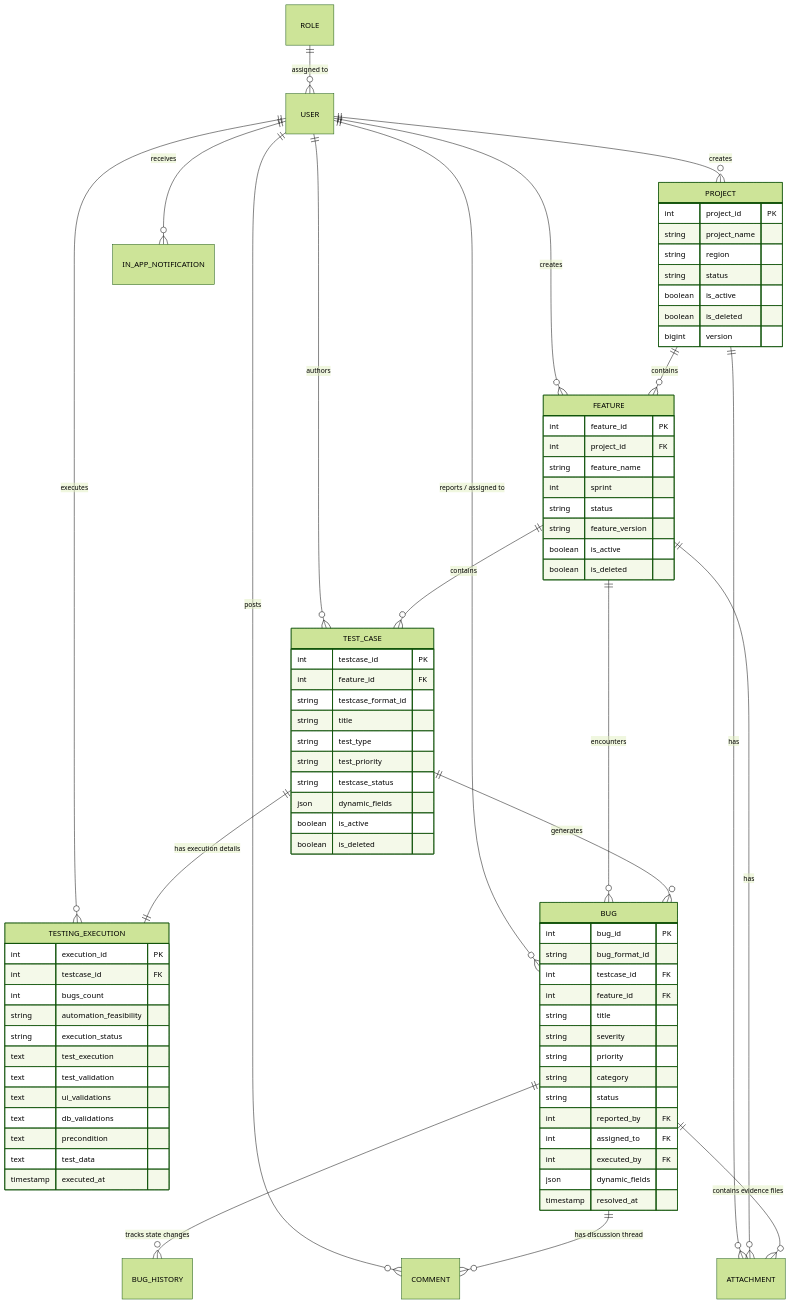
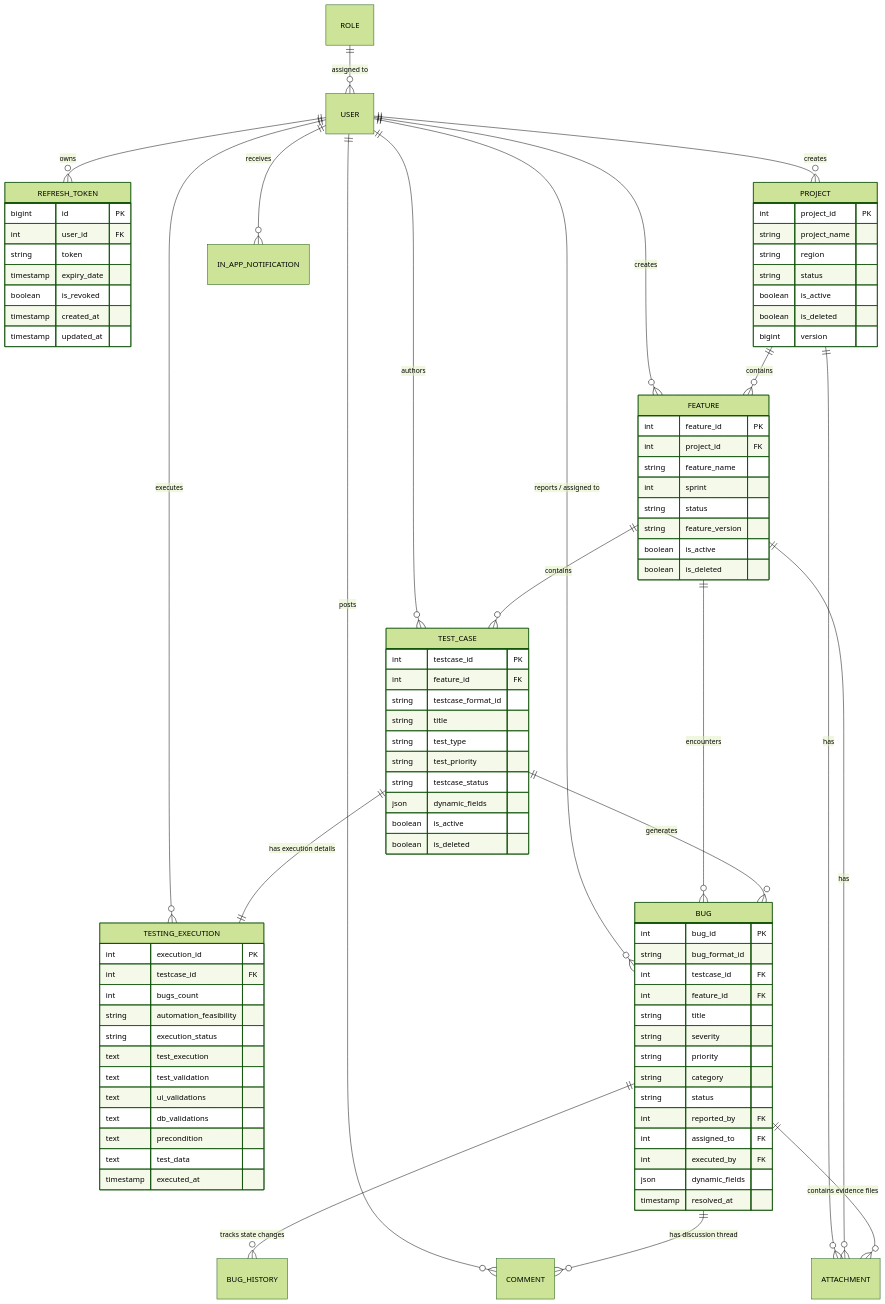
Before and after one commit to internslab-mobi/Testing_Automation_Tool: the first of 2 diagrams in TestingAutomationTool/README.md, drawn with Mermaid (forest theme). The commit also changed other lines of this file and 19 other files, not shown here.

````diff
--- a/TestingAutomationTool/README.md
+++ b/TestingAutomationTool/README.md
@@ -125,6 +125,7 @@
 ```mermaid
 erDiagram
     ROLE ||--o{ USER : "assigned to"
+    USER ||--o{ REFRESH_TOKEN : "owns"
     USER ||--o{ PROJECT : "creates"
     USER ||--o{ FEATURE : "creates"
     USER ||--o{ TEST_CASE : "authors"
@@ -212,4 +213,14 @@
         json dynamic_fields
         timestamp resolved_at
     }
+
+    REFRESH_TOKEN {
+        bigint id PK
+        int user_id FK
+        string token
+        timestamp expiry_date
+        boolean is_revoked
+        timestamp created_at
+        timestamp updated_at
+    }
 ```
````
